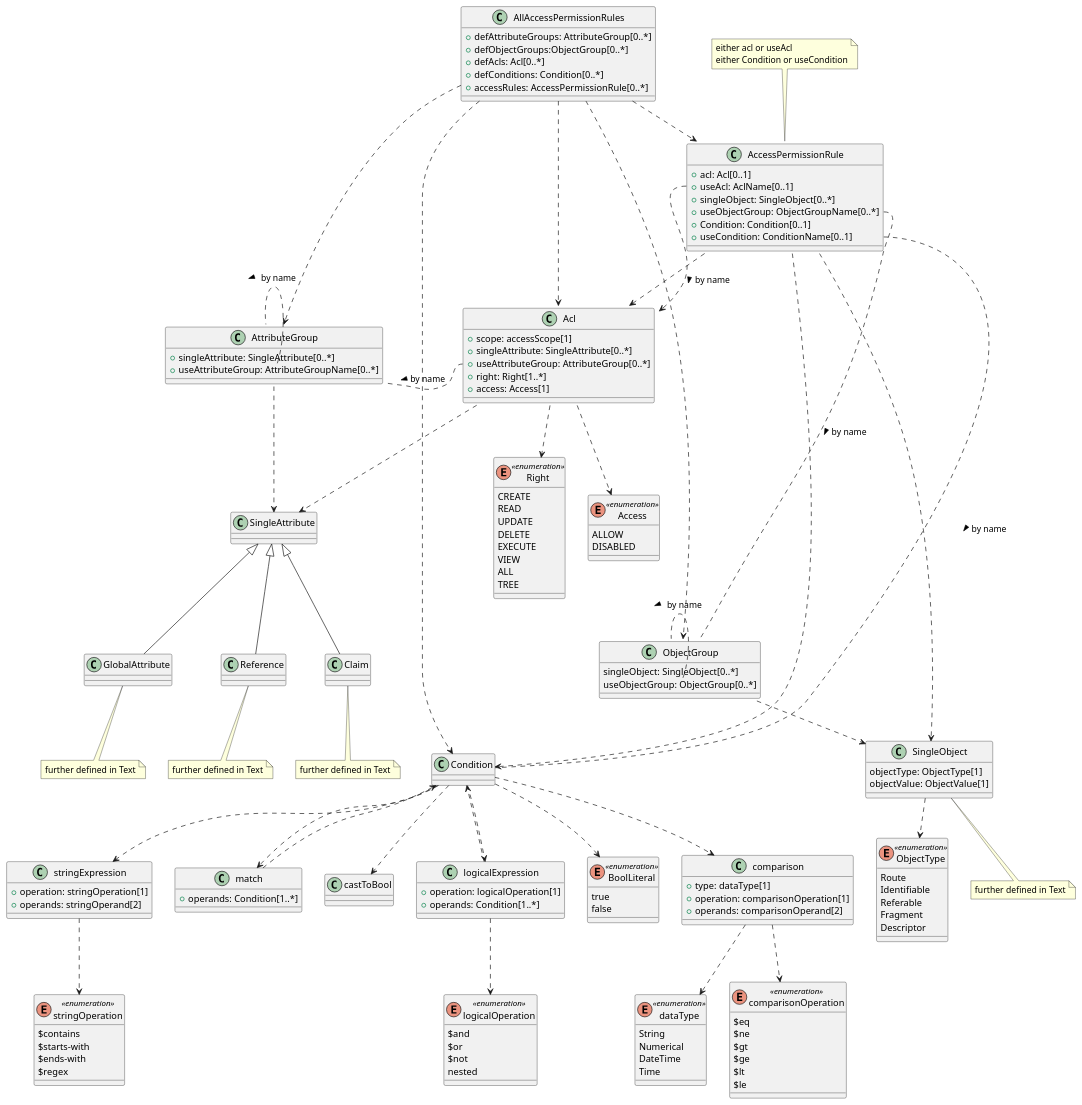
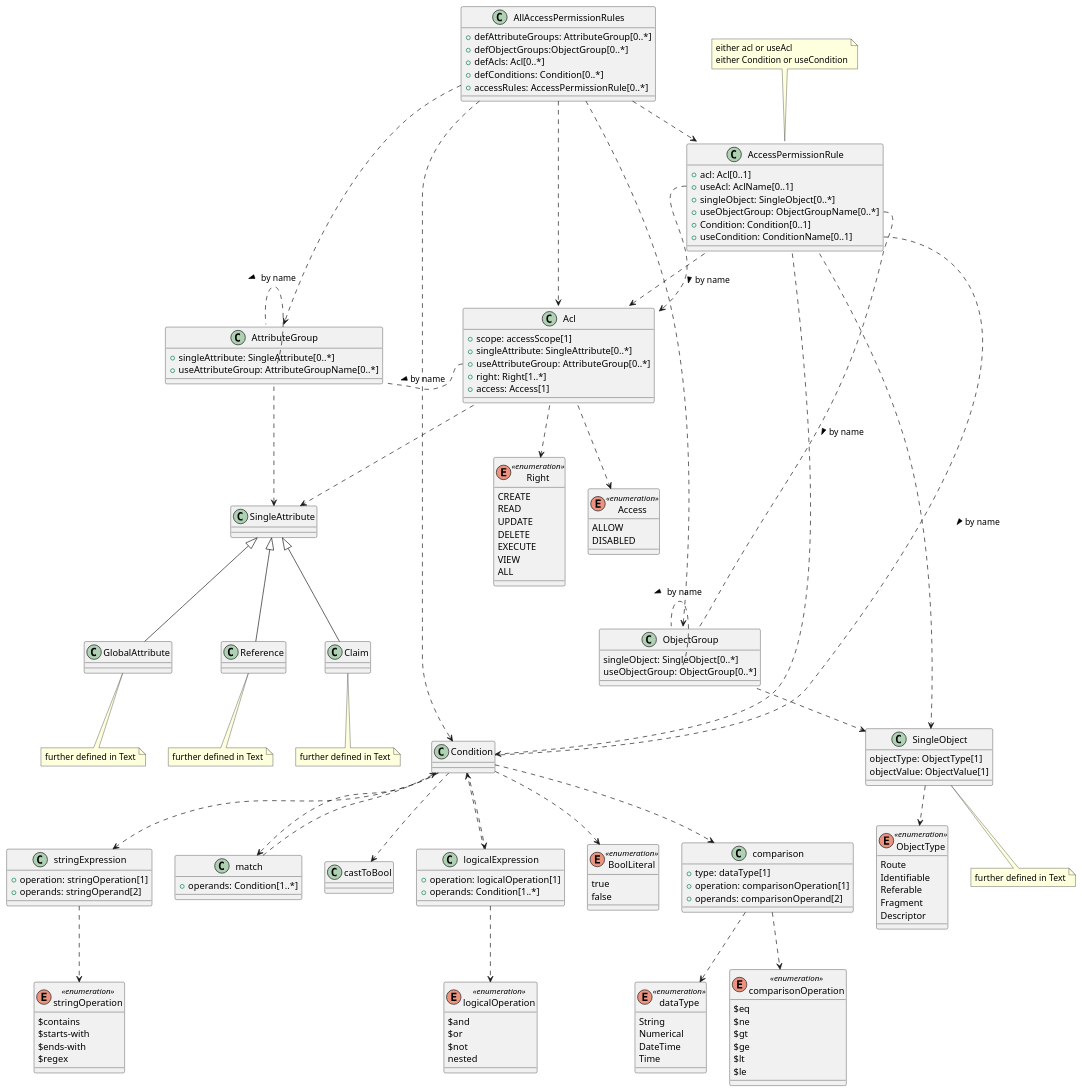
One commit to admin-shell-io/aas-specs-security changed the diagram in documentation/IDTA-01004/modules/ROOT/partials/diagrams/access-rule-model.puml. Above: the diagram before and after it, drawn with PlantUML. The commit also changed 6 other files, not shown here.

```diff
--- a/documentation/IDTA-01004/modules/ROOT/partials/diagrams/access-rule-model.puml
+++ b/documentation/IDTA-01004/modules/ROOT/partials/diagrams/access-rule-model.puml
@@ -115,7 +115,6 @@
 	EXECUTE
 	VIEW
 	ALL
-	TREE
   }
 
   enum Access <<enumeration>> {
```
